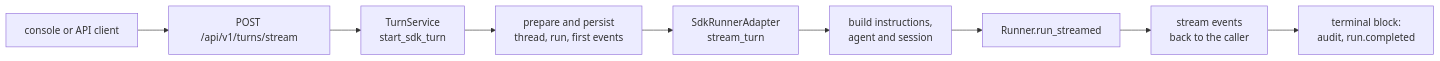
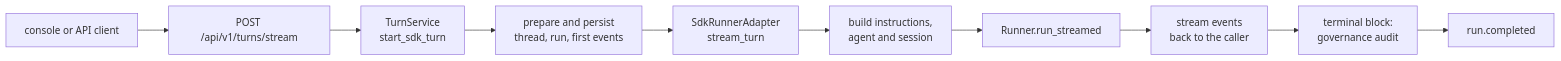
The second of 12 diagrams in docs/agent-memory/ARCHITECTURE.md (ap05-epic/agent-memory-prototype), drawn with Mermaid before and after one commit. The commit also changed other lines of this file, not shown here.

````diff
--- a/docs/agent-memory/ARCHITECTURE.md
+++ b/docs/agent-memory/ARCHITECTURE.md
@@ -69,11 +69,12 @@
 ```mermaid
 flowchart LR
     A[console or API client] --> B["POST /api/v1/turns/stream"]
     B --> C["TurnService<br/>start_sdk_turn"]
     C --> D["prepare and persist<br/>thread, run, first events"]
     D --> E["SdkRunnerAdapter<br/>stream_turn"]
     E --> F["build instructions,<br/>agent and session"]
     F --> G["Runner.run_streamed"]
     G --> H["stream events<br/>back to the caller"]
-    H --> I["terminal block:<br/>audit, run.completed"]
+    H --> I["terminal block:<br/>governance audit"]
+    I --> J["run.completed"]
 ```
````
